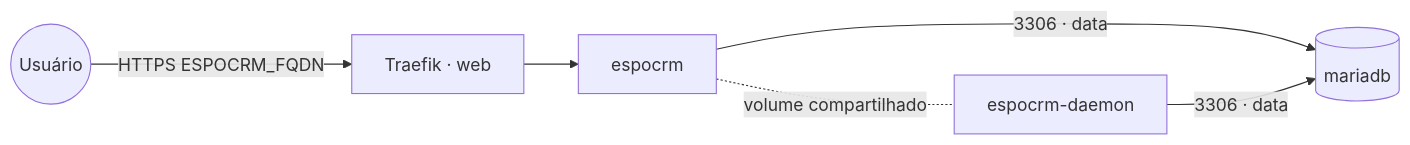
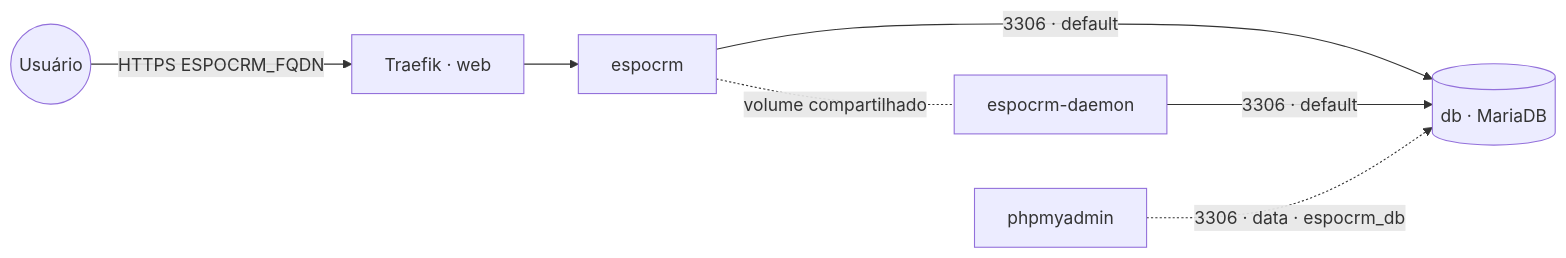
The diagram in espocrm/README.md (marcelofmatos/portainer-stacks), drawn with Mermaid before and after one commit. The commit also changed other lines of this file and 23 other files, not shown here.

````diff
--- a/espocrm/README.md
+++ b/espocrm/README.md
@@ -15,8 +18,9 @@
 ```mermaid
 flowchart LR
     user((Usuário)) -->|HTTPS ESPOCRM_FQDN| traefik[Traefik · web]
     traefik --> espocrm[espocrm]
-    espocrm -->|3306 · data| mariadb[(mariadb)]
-    daemon[espocrm-daemon] -->|3306 · data| mariadb
+    espocrm -->|3306 · default| db[(db · MariaDB)]
+    daemon[espocrm-daemon] -->|3306 · default| db
     espocrm -. volume compartilhado .- daemon
+    pma[phpmyadmin] -.->|3306 · data · espocrm_db| db
 ```
````
